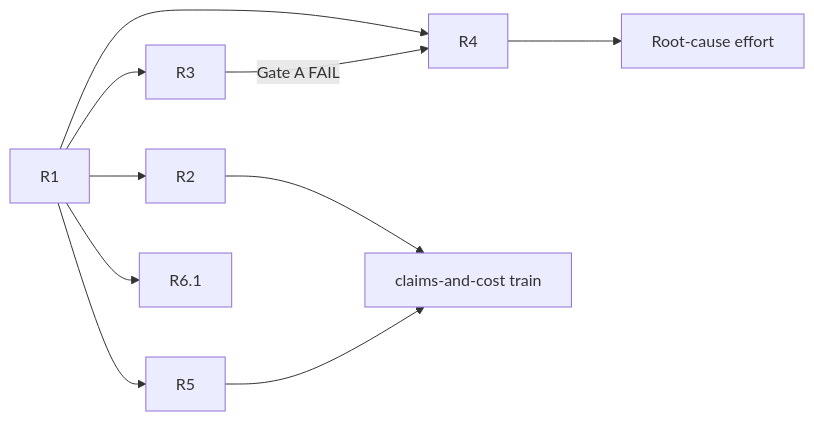
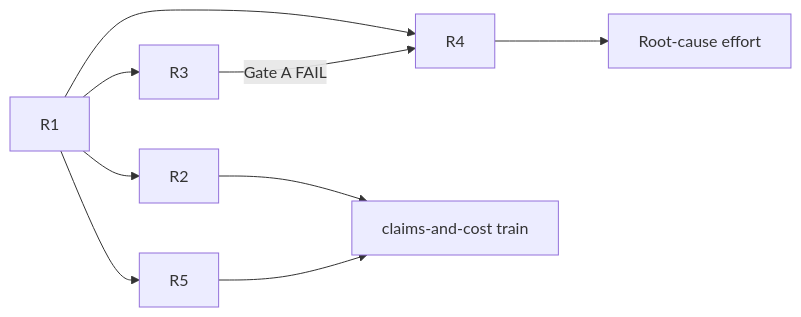
Before and after one commit to Mathews-Tom/archex: the second of 3 diagrams in .docs/DEVELOPMENT_PLAN.md, drawn with Mermaid. The commit also changed other lines of this file and 1 other file, not shown here.

````diff
--- a/.docs/DEVELOPMENT_PLAN.md
+++ b/.docs/DEVELOPMENT_PLAN.md
@@ -421,12 +422,11 @@
 ```mermaid
 graph LR
   R1 --> R2
   R1 --> R3
   R1 --> R4
   R1 --> R5
-  R1 --> R6_1[R6.1]
   R3 -->|Gate A FAIL| R4
   R4 --> RC[Root-cause effort]
   R2 --> T[claims-and-cost train]
   R5 --> T
 ```
````
